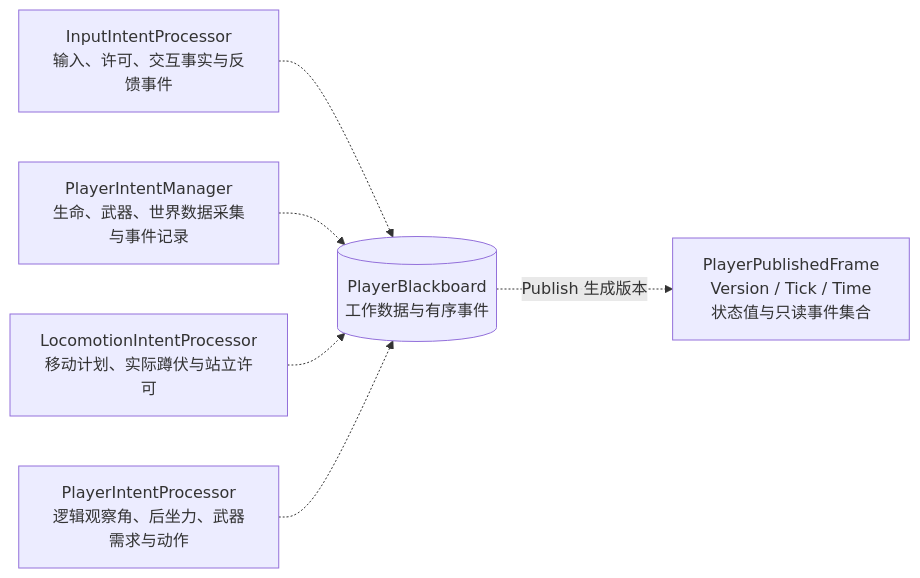
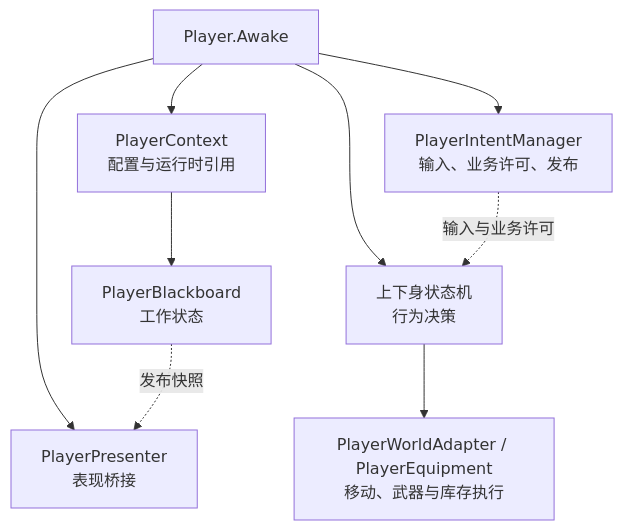
One commit to qwqwmwpwp/RPG-2 changed the first of 5 diagrams in Assets/文档/Player组件框架与调用时序.md. Above: the diagram before and after it, drawn with Mermaid. The commit also changed other lines of this file and 31734 other files, not shown here.

````diff
--- a/Assets/文档/Player组件框架与调用时序.md
+++ b/Assets/文档/Player组件框架与调用时序.md
@@ -94,14 +11,11 @@
 ```mermaid
-flowchart LR
-    I["InputIntentProcessor<br/>输入、许可、交互事实与反馈事件"]
-    M["PlayerIntentManager<br/>生命、武器、世界数据采集与事件记录"]
-    L["LocomotionIntentProcessor<br/>移动计划、实际蹲伏与站立许可"]
-    D["PlayerIntentProcessor<br/>逻辑观察角、后坐力、武器需求与动作"]
-    B[("PlayerBlackboard<br/>工作数据与有序事件")]
-    F["PlayerPublishedFrame<br/>Version / Tick / Time<br/>状态值与只读事件集合"]
-    I -.-> B
-    M -.-> B
-    L -.-> B
-    D -.-> B
-    B -.->|Publish 生成版本| F
+flowchart TB
+    Player["Player.Awake"] --> Context["PlayerContext<br/>配置与运行时引用"]
+    Context --> Board["PlayerBlackboard<br/>工作状态"]
+    Player --> Intent["PlayerIntentManager<br/>输入、业务许可、发布"]
+    Player --> States["上下身状态机<br/>行为决策"]
+    Player --> Presenter["PlayerPresenter<br/>表现桥接"]
+    Intent -.->|输入与业务许可| States
+    States --> Execute["PlayerWorldAdapter / PlayerEquipment<br/>移动、武器与库存执行"]
+    Board -.->|发布快照| Presenter
 ```
````
